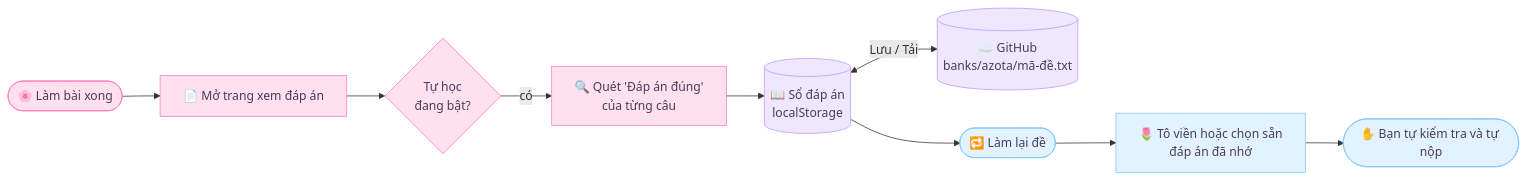
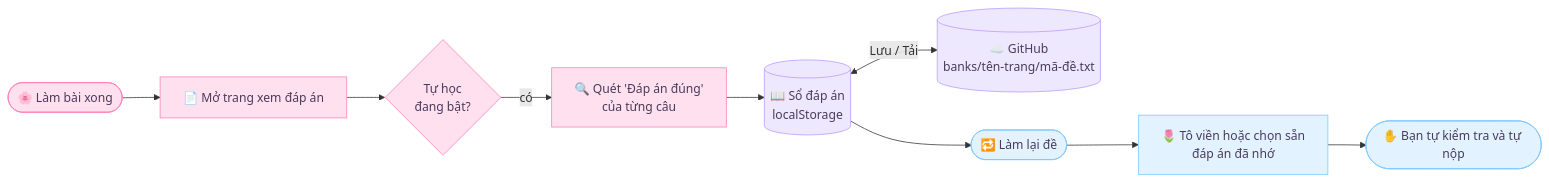
One commit to Huy7684/School changed the diagram in README.md. Above: the diagram before and after it, drawn with Mermaid. The commit also changed other lines of this file, not shown here.

````diff
--- a/README.md
+++ b/README.md
@@ -64,15 +93,15 @@
 ```mermaid
 flowchart LR
     A([🌸 Làm bài xong]) --> B[📄 Mở trang xem đáp án]
     B --> C{Tự học<br/>đang bật?}
     C -- có --> D[🔍 Quét 'Đáp án đúng'<br/>của từng câu]
     D --> E[(📖 Sổ đáp án<br/>localStorage)]
-    E <-->|Lưu / Tải| F[(☁️ GitHub<br/>banks/azota/mã-đề.txt)]
+    E <-->|Lưu / Tải| F[(☁️ GitHub<br/>banks/tên-trang/mã-đề.txt)]
     E --> G([🔁 Làm lại đề])
     G --> H[🌷 Tô viền hoặc chọn sẵn<br/>đáp án đã nhớ]
     H --> I([✋ Bạn tự kiểm tra và tự nộp])
     classDef p fill:#ffe0ee,stroke:#ff7fb8,color:#4a3b5c;
     classDef v fill:#eee8ff,stroke:#b69bff,color:#4a3b5c;
     classDef b fill:#e2f3ff,stroke:#7fc8ff,color:#4a3b5c;
     class A,B,C,D p; class E,F v; class G,H,I b;
 ```
````
